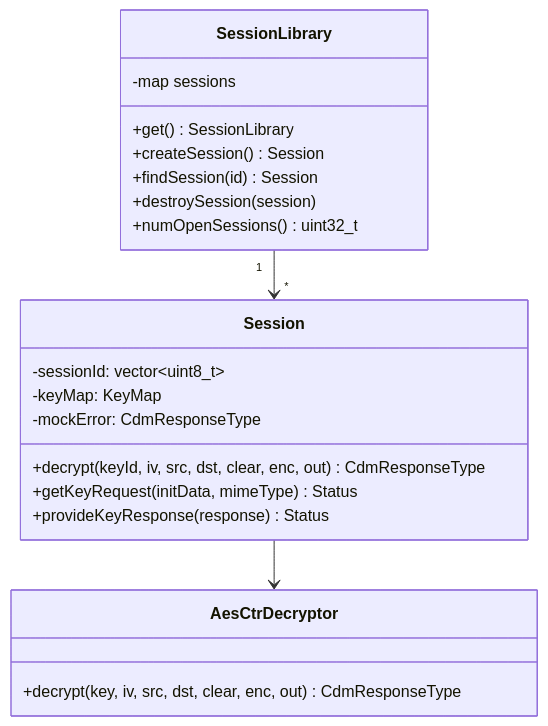
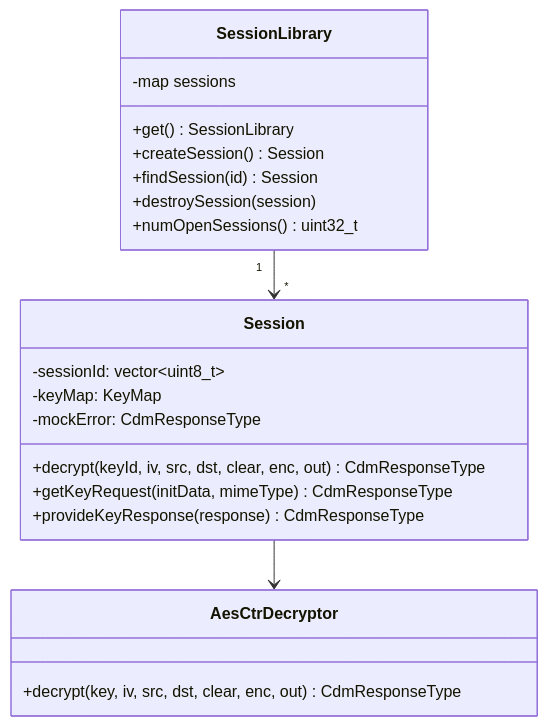
Before and after one commit to aospbooks/aosp-internal-book: diagram 11 of 16 in 42-drm.md, drawn with Mermaid. The commit also changed other lines of this file and 218 other files, not shown here.

````diff
--- a/42-drm.md
+++ b/42-drm.md
@@ -1560,27 +1565,27 @@
 ```mermaid
 classDiagram
     class SessionLibrary {
         -map sessions
         +get() SessionLibrary
         +createSession() Session
         +findSession(id) Session
         +destroySession(session)
         +numOpenSessions() uint32_t
     }
 
     class Session {
         -sessionId: vector~uint8_t~
         -keyMap: KeyMap
         -mockError: CdmResponseType
         +decrypt(keyId, iv, src, dst, clear, enc, out) CdmResponseType
-        +getKeyRequest(initData, mimeType) Status
-        +provideKeyResponse(response) Status
+        +getKeyRequest(initData, mimeType) CdmResponseType
+        +provideKeyResponse(response) CdmResponseType
     }
 
     class AesCtrDecryptor {
         +decrypt(key, iv, src, dst, clear, enc, out) CdmResponseType
     }
 
     SessionLibrary "1" --> "*" Session
     Session --> AesCtrDecryptor
 ```
````
